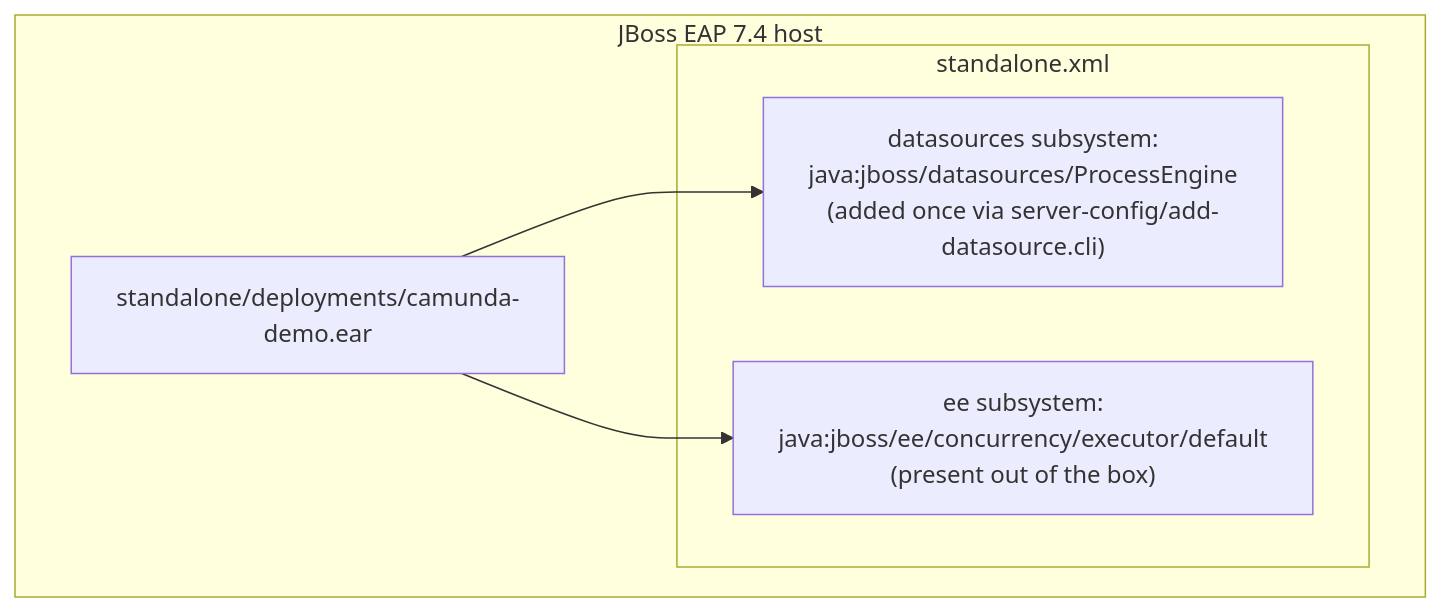
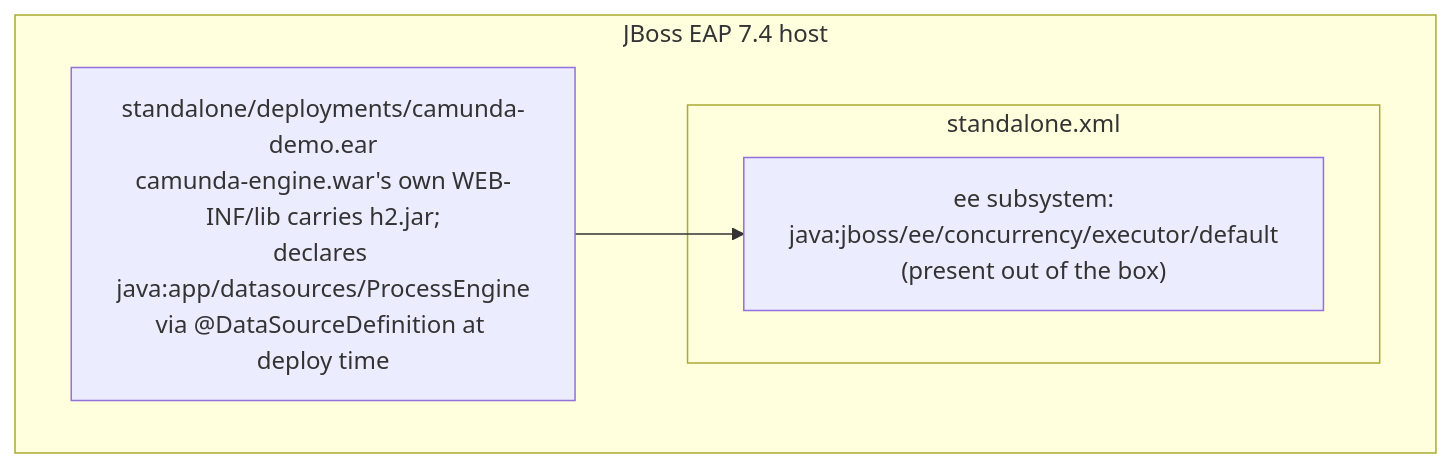
The first of 2 diagrams in docs/arc42/07-deployment-view.md (nyuuyn/camunda-7-on-jboss-as-ear), drawn with Mermaid before and after one commit. The commit also changed other lines of this file and 15 other files, not shown here.

First line of the commit message:
Make the datasource fully self-contained via @DataSourceDefinition

````diff
--- a/docs/arc42/07-deployment-view.md
+++ b/docs/arc42/07-deployment-view.md
@@ -13,12 +13,10 @@
 ```mermaid
 flowchart TB
     subgraph host["JBoss EAP 7.4 host"]
         subgraph server["standalone.xml"]
-            ds["datasources subsystem:\njava:jboss/datasources/ProcessEngine\n(added once via server-config/add-datasource.cli)"]
             ee["ee subsystem:\njava:jboss/ee/concurrency/executor/default\n(present out of the box)"]
         end
-        dep["standalone/deployments/camunda-demo.ear"]
+        dep["standalone/deployments/camunda-demo.ear\ncamunda-engine.war's own WEB-INF/lib carries h2.jar;\ndeclares java:app/datasources/ProcessEngine\nvia @DataSourceDefinition at deploy time"]
     end
-    dep --> ds
     dep --> ee
 ```
````
